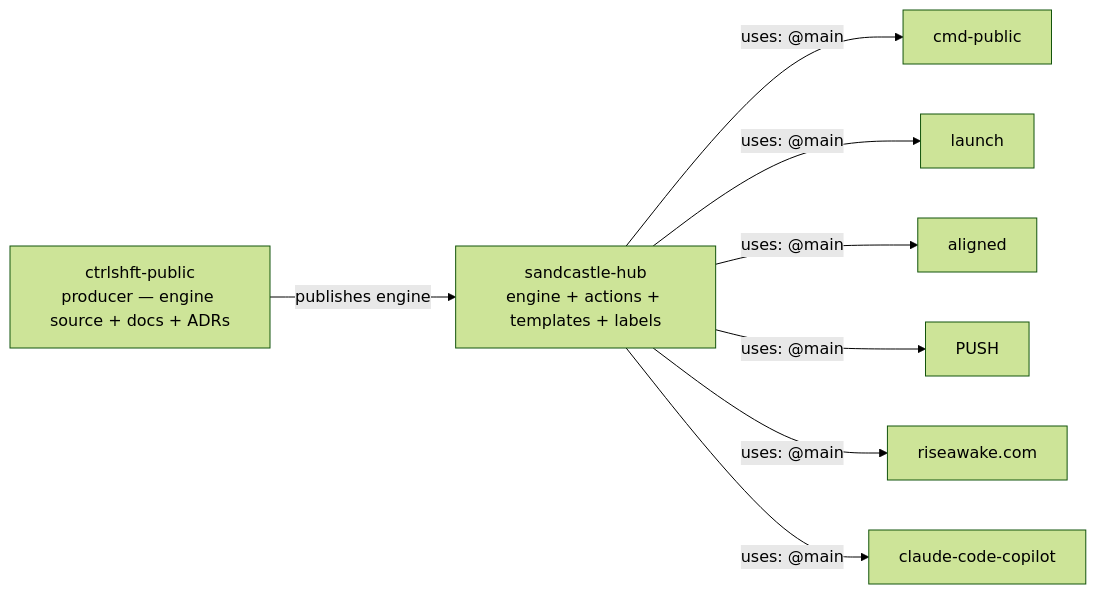
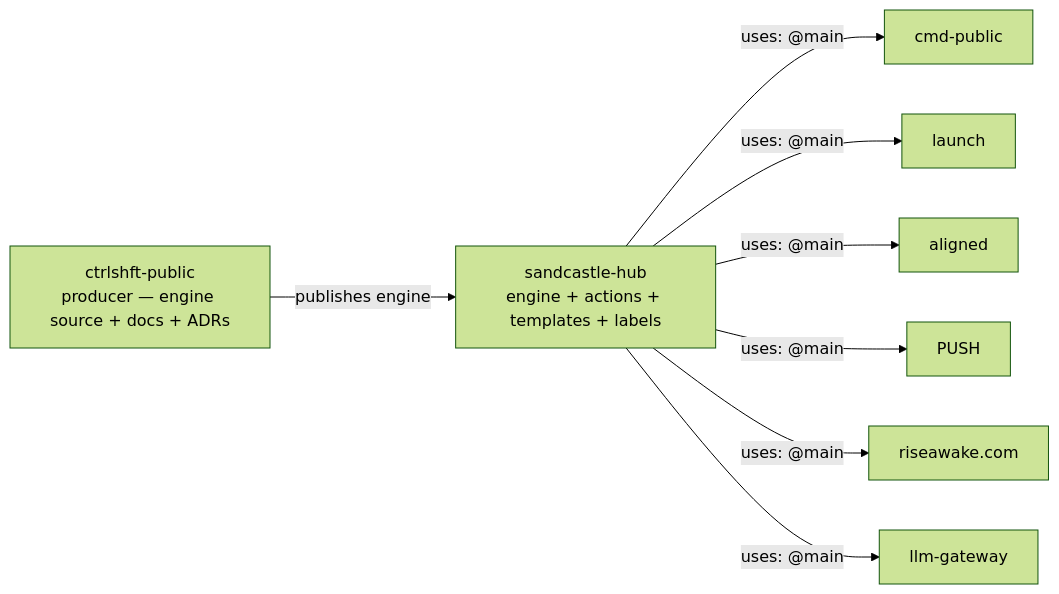
The diagram in README.md (arndvs/ctrlshft-hub), drawn with Mermaid (forest theme) before and after one commit. The commit also changed 1 other file, not shown here.

Commit message:
chore(repo): update claude-code-copilot → llm-gateway references
The GitHub repo is now arndvs/llm-gateway. Update AGENTS.md (consumer
list) and README.md (consumer mermaid diagram).

````diff
--- a/README.md
+++ b/README.md
@@ -9,19 +9,19 @@
 ```mermaid
 graph LR
     PROD["ctrlshft-public<br/>producer — engine source + docs + ADRs"]
     HUB["sandcastle-hub<br/>engine + actions + templates + labels"]
     C1["cmd-public"]
     C2["launch"]
     C3["aligned"]
     C4["PUSH"]
     C5["riseawake.com"]
-    C6["claude-code-copilot"]
+    C6["llm-gateway"]
 
     PROD -->|"publishes engine"| HUB
     HUB -->|"uses: @main"| C1
     HUB -->|"uses: @main"| C2
     HUB -->|"uses: @main"| C3
     HUB -->|"uses: @main"| C4
     HUB -->|"uses: @main"| C5
     HUB -->|"uses: @main"| C6
 ```
````
